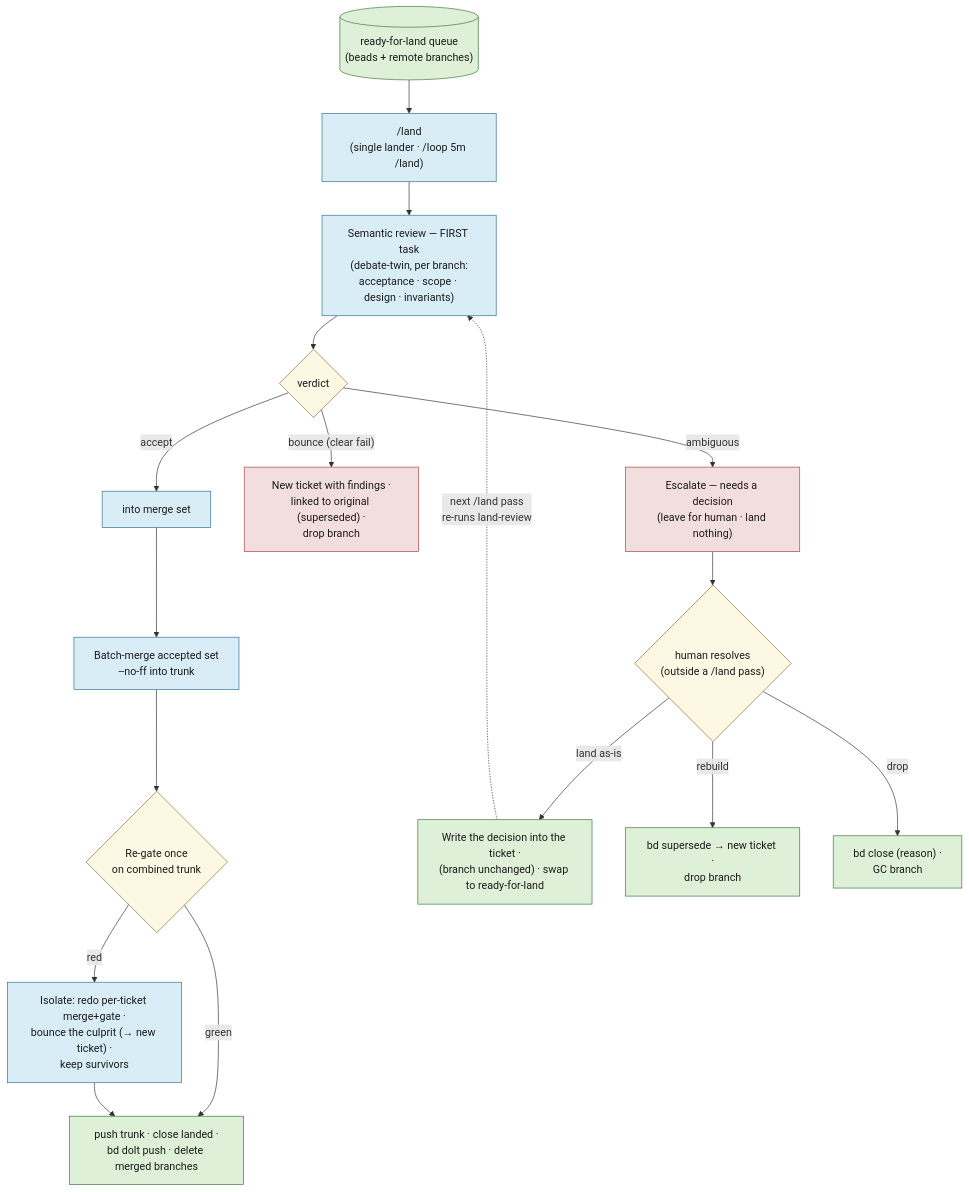
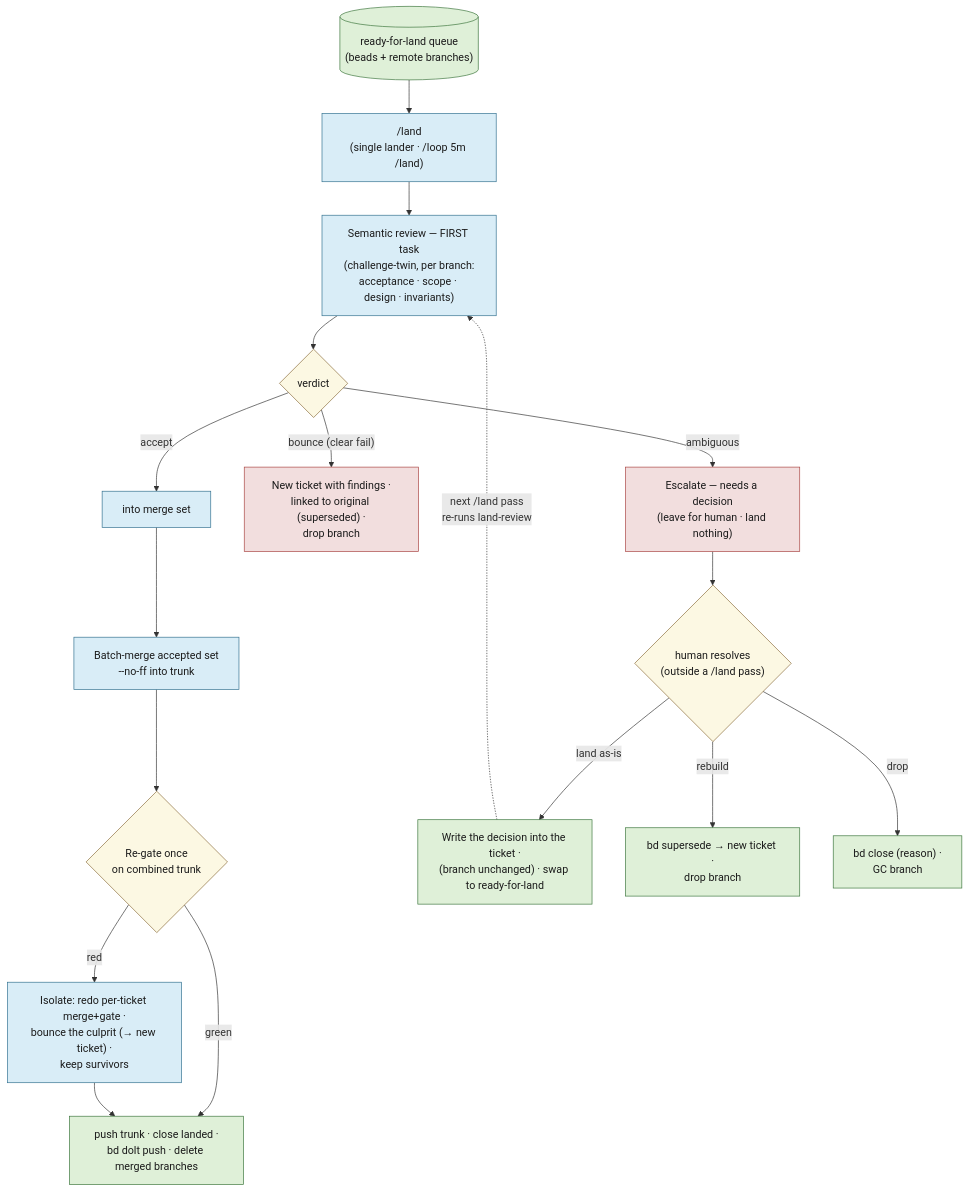
One commit to bildzeitung/lode changed the fourth of 4 diagrams in docs/agents-workflow.md. Above: the diagram before and after it, drawn with Mermaid. The commit also changed other lines of this file and 11 other files, not shown here.

````diff
--- a/docs/agents-workflow.md
+++ b/docs/agents-workflow.md
@@ -1087,31 +1087,31 @@
 ```mermaid
 flowchart TD
     Q[("ready-for-land queue<br>(beads + remote branches)")] --> LAND["/land<br>(single lander · /loop 5m /land)"]
-    LAND --> SEM["Semantic review — FIRST task<br>(debate-twin, per branch:<br>acceptance · scope · design · invariants)"]
+    LAND --> SEM["Semantic review — FIRST task<br>(challenge-twin, per branch:<br>acceptance · scope · design · invariants)"]
     SEM --> V{"verdict"}
     V -->|"accept"| ACC["into merge set"]
     V -->|"bounce (clear fail)"| NEW["New ticket with findings ·<br>linked to original (superseded) ·<br>drop branch"]
     V -->|"ambiguous"| HUMAN["Escalate — needs a decision<br>(leave for human · land nothing)"]
     ACC --> MERGE["Batch-merge accepted set<br>--no-ff into trunk"]
     MERGE --> RG{"Re-gate once<br>on combined trunk"}
     RG -->|"green"| PUSH["push trunk · close landed ·<br>bd dolt push · delete merged branches"]
     RG -->|"red"| ISO["Isolate: redo per-ticket merge+gate ·<br>bounce the culprit (→ new ticket) ·<br>keep survivors"]
     ISO --> PUSH
 
     HUMAN --> RES{"human resolves<br>(outside a /land pass)"}
     RES -->|"land as-is"| MATFIX["Write the decision into the ticket ·<br>(branch unchanged) · swap to ready-for-land"]
     RES -->|"rebuild"| RSUPER["bd supersede → new ticket ·<br>drop branch"]
     RES -->|"drop"| RDROP["bd close (reason) ·<br>GC branch"]
     MATFIX -.->|"next /land pass<br>re-runs land-review"| SEM
 
     classDef start fill:#fcf8e3,stroke:#8a6d3b,color:#1b1b1b;
     classDef work fill:#d9edf7,stroke:#31708f,color:#1b1b1b;
     classDef gate fill:#fcf8e3,stroke:#8a6d3b,color:#1b1b1b;
     classDef bad fill:#f2dede,stroke:#a94442,color:#1b1b1b;
     classDef good fill:#dff0d8,stroke:#3c763d,color:#1b1b1b;
     class Q good;
     class LAND,SEM,ACC,MERGE,ISO work;
     class V,RG,RES gate;
     class NEW,HUMAN bad;
     class PUSH,MATFIX,RSUPER,RDROP good;
 ```
````
